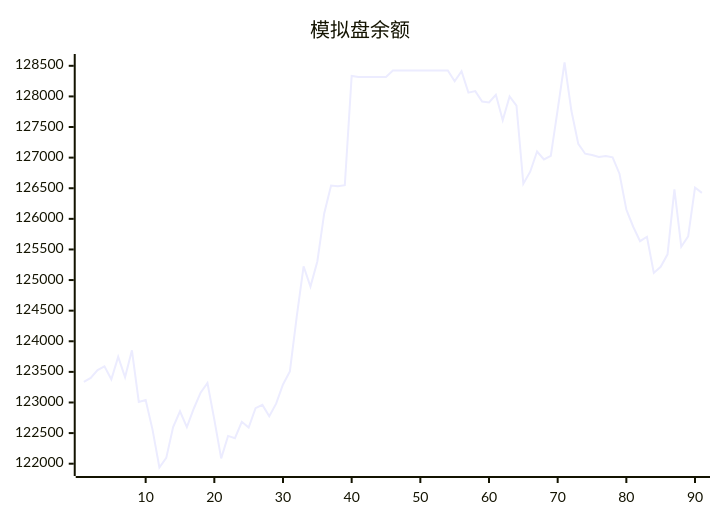
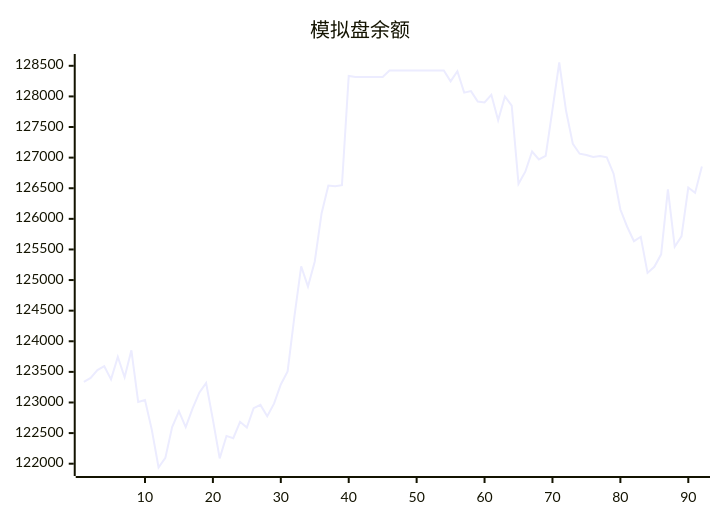
The diagram in README.md (aahl/ai-trading), drawn with Mermaid before and after one commit. The commit also changed other lines of this file and 1 other file, not shown here.

````diff
--- a/README.md
+++ b/README.md
@@ -5,5 +5,5 @@
 ```mermaid
 xychart
     title "模拟盘余额"
-    line [123338,123402,123530,123592,123378,123745,123413,123853,123009,123040,122557,121938,122095,122599,122856,122597,122898,123160,123319,122719,122087,122454,122416,122685,122592,122907,122961,122776,122981,123295,123507,124403,125224,124894,125303,126088,126544,126534,126549,128335,128318,128318,128318,128318,128318,128424,128424,128424,128424,128424,128424,128424,128424,128424,128247,128412,128062,128087,127917,127901,128026,127611,128000,127850,126572,126770,127100,126971,127029,127783,128554,127765,127224,127064,127044,127009,127025,127004,126738,126152,125871,125635,125707,125117,125217,125420,126480,125545,125715,126511,126424]
+    line [123338,123402,123530,123592,123378,123745,123413,123853,123009,123040,122557,121938,122095,122599,122856,122597,122898,123160,123319,122719,122087,122454,122416,122685,122592,122907,122961,122776,122981,123295,123507,124403,125224,124894,125303,126088,126544,126534,126549,128335,128318,128318,128318,128318,128318,128424,128424,128424,128424,128424,128424,128424,128424,128424,128247,128412,128062,128087,127917,127901,128026,127611,128000,127850,126572,126770,127100,126971,127029,127783,128554,127765,127224,127064,127044,127009,127025,127004,126738,126152,125871,125635,125707,125117,125217,125420,126480,125545,125715,126511,126424,126856]
 ```
````
